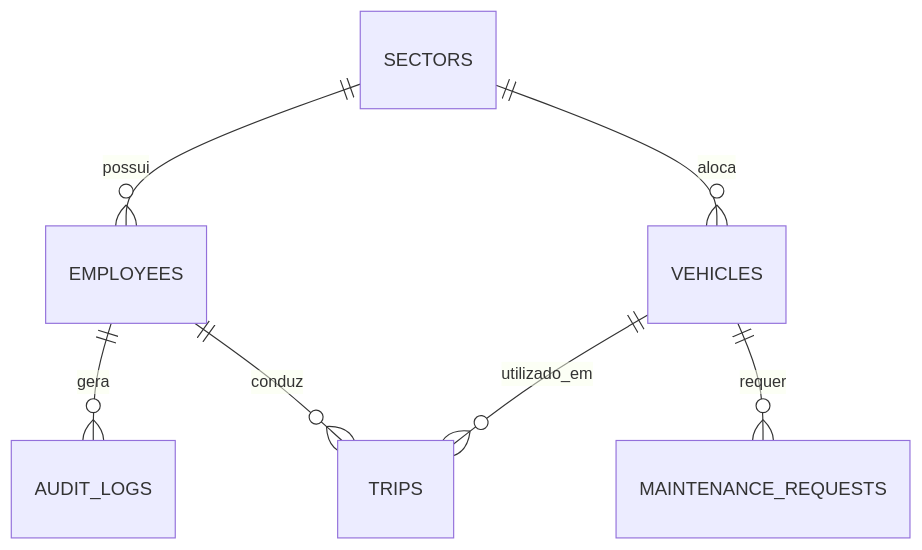
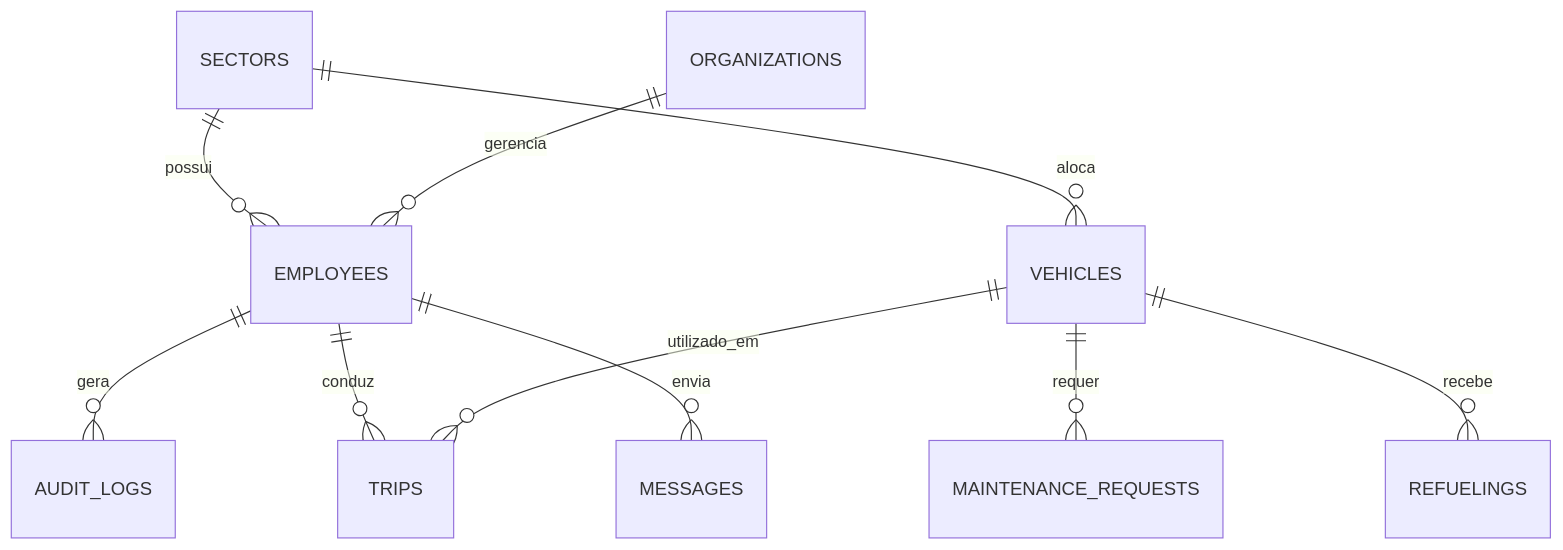
Before and after one commit to charaodaniel/CityMotion: the second of 7 diagrams in docs/DIAGRAMS.md, drawn with Mermaid. The commit also changed other lines of this file and 2072 other files, not shown here.

````diff
--- a/docs/DIAGRAMS.md
+++ b/docs/DIAGRAMS.md
@@ -43,9 +39,12 @@
 ```mermaid
 erDiagram
     EMPLOYEES ||--o{ AUDIT_LOGS : gera
     EMPLOYEES ||--o{ TRIPS : conduz
+    EMPLOYEES ||--o{ MESSAGES : envia
     VEHICLES ||--o{ TRIPS : utilizado_em
     VEHICLES ||--o{ MAINTENANCE_REQUESTS : requer
+    VEHICLES ||--o{ REFUELINGS : recebe
     SECTORS ||--o{ EMPLOYEES : possui
     SECTORS ||--o{ VEHICLES : aloca
+    ORGANIZATIONS ||--o{ EMPLOYEES : gerencia
 ```
````
